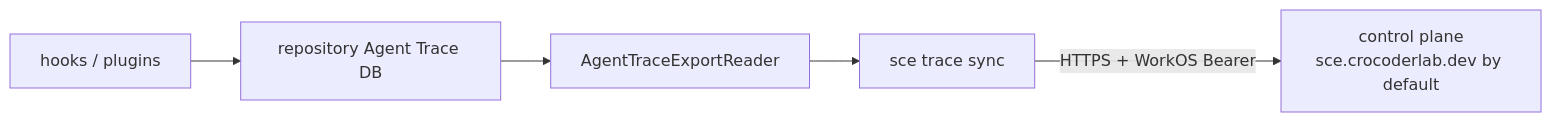
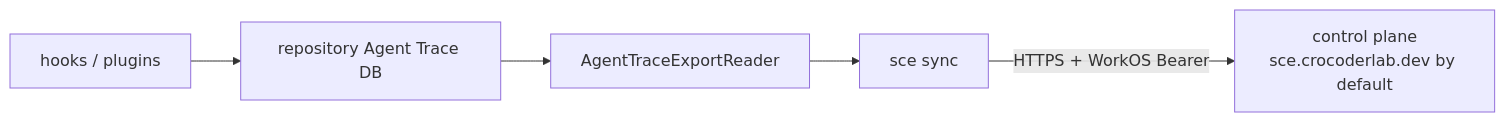
One commit to crocoder-dev/shared-context-engineering changed the diagram in context/cli/agent-trace-sync-command.md. Above: the diagram before and after it, drawn with Mermaid. The commit also changed other lines of this file and 35 other files, not shown here.

First line of the commit message:
cli: Promote Agent Trace sync to a top-level command

````diff
--- a/context/cli/agent-trace-sync-command.md
+++ b/context/cli/agent-trace-sync-command.md
@@ -17,7 +17,7 @@
 ```mermaid
 flowchart LR
     A[hooks / plugins] --> B[repository Agent Trace DB]
     B --> C[AgentTraceExportReader]
-    C --> D[sce trace sync]
+    C --> D[sce sync]
     D -- "HTTPS + WorkOS Bearer" --> E[control plane<br/>sce.crocoderlab.dev by default]
 ```
````
